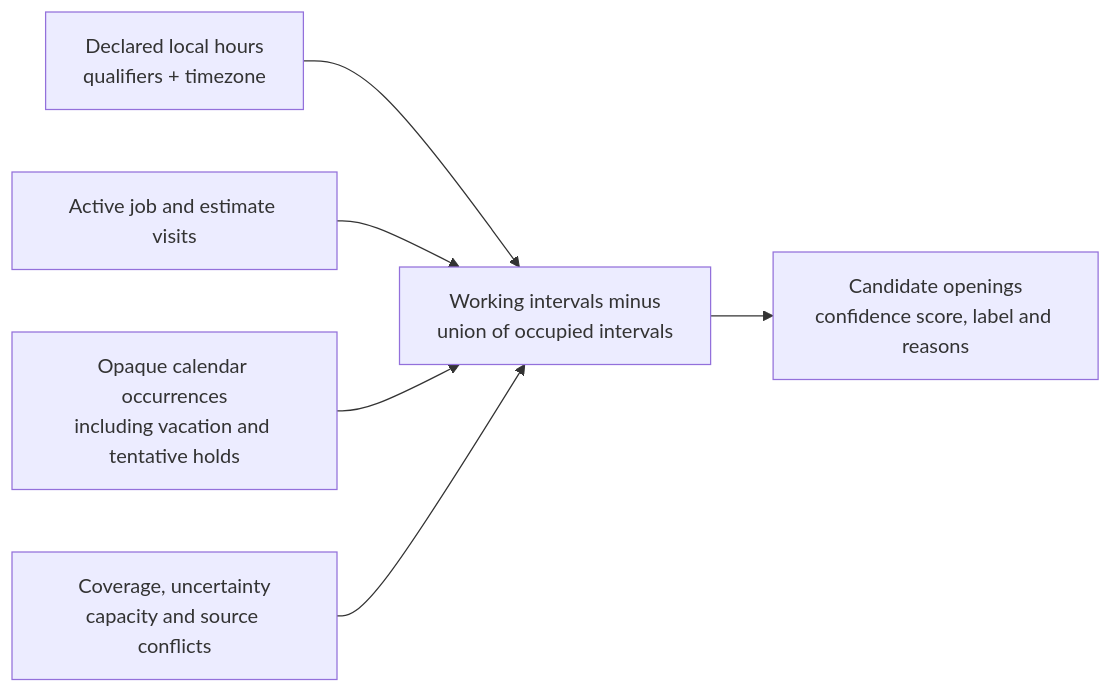
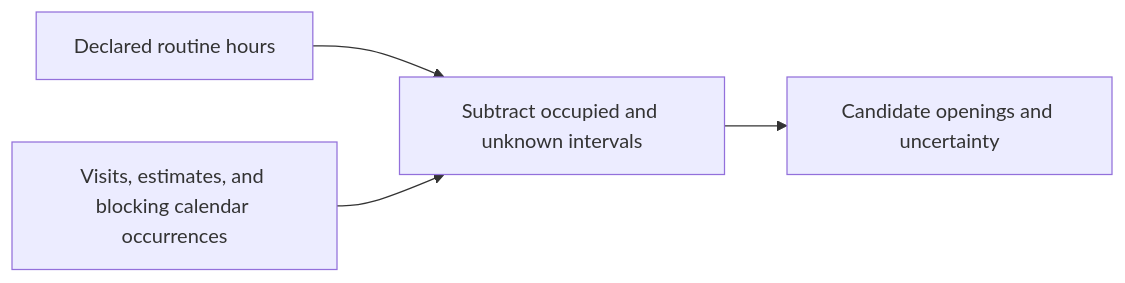
Before and after one commit to hyetigran/ha_data_pipeline: the second of 2 diagrams in ARCHITECTURE.md, drawn with Mermaid. The commit also changed other lines of this file and 49 other files, not shown here.

````diff
--- a/ARCHITECTURE.md
+++ b/ARCHITECTURE.md
@@ -62,8 +48,6 @@
 ```mermaid
 flowchart LR
-    Hours["Declared local hours<br/>qualifiers + timezone"] --> Calc["Working intervals minus<br/>union of occupied intervals"]
-    Visits["Active job and estimate visits"] --> Calc
-    Blocks["Opaque calendar occurrences<br/>including vacation and tentative holds"] --> Calc
-    Evidence["Coverage, uncertainty<br/>capacity and source conflicts"] --> Calc
-    Calc --> Openings["Candidate openings<br/>confidence score, label and reasons"]
+	Hours[Declared routine hours] --> Calculate[Subtract occupied and unknown intervals]
+	Busy[Visits, estimates, and blocking calendar occurrences] --> Calculate
+	Calculate --> Result[Candidate openings and uncertainty]
 ```
````
